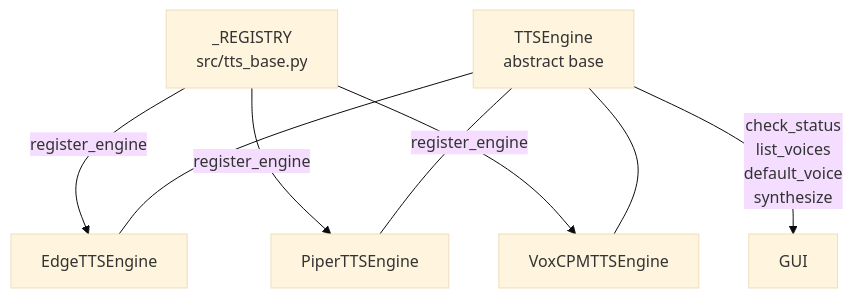
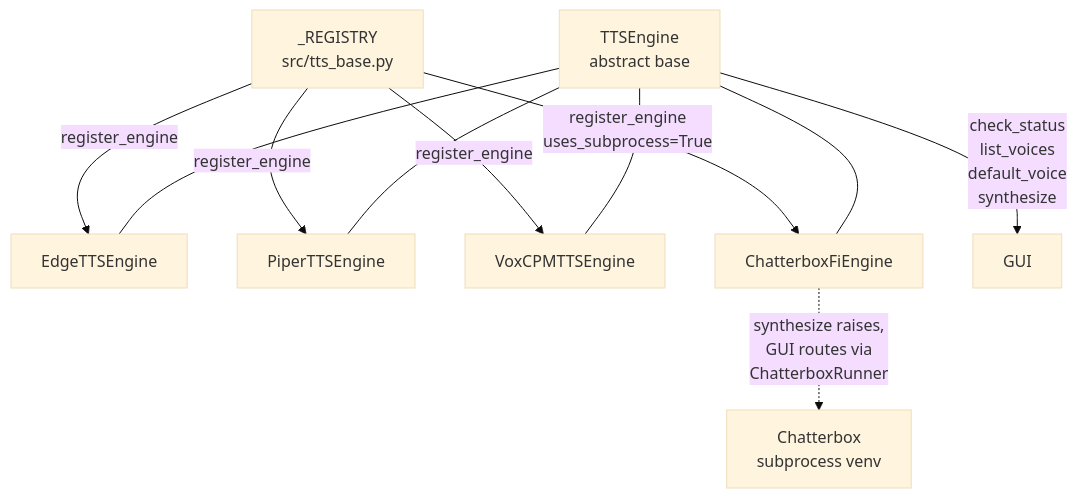
The third of 7 diagrams in docs/ARCHITECTURE.md (MikkoNumminen/AudiobookMaker), drawn with Mermaid (base theme) before and after one commit. The commit also changed other lines of this file, not shown here.

Commit message:
docs(architecture): reflect Chatterbox bridge, gui_builders, voice_pack

````diff
--- a/docs/ARCHITECTURE.md
+++ b/docs/ARCHITECTURE.md
@@ -74,10 +91,13 @@
 ```mermaid
 flowchart TD
     R[_REGISTRY<br/>src/tts_base.py] -->|register_engine| E[EdgeTTSEngine]
     R -->|register_engine| P[PiperTTSEngine]
     R -->|register_engine| V[VoxCPMTTSEngine]
+    R -->|register_engine<br/>uses_subprocess=True| C[ChatterboxFiEngine]
     Base[TTSEngine<br/>abstract base] --- E
     Base --- P
     Base --- V
+    Base --- C
     Base -->|check_status<br/>list_voices<br/>default_voice<br/>synthesize| GUI
+    C -.->|synthesize raises,<br/>GUI routes via<br/>ChatterboxRunner| SUB[Chatterbox<br/>subprocess venv]
 ```
````
